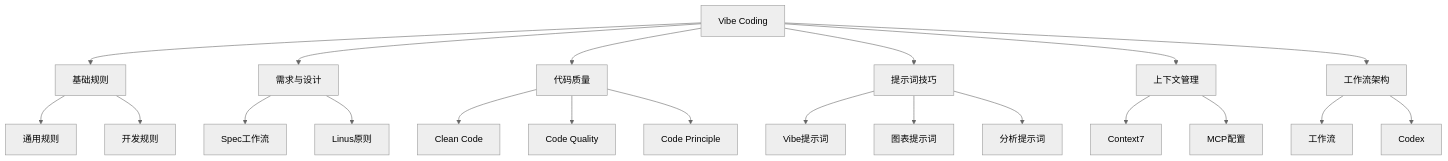
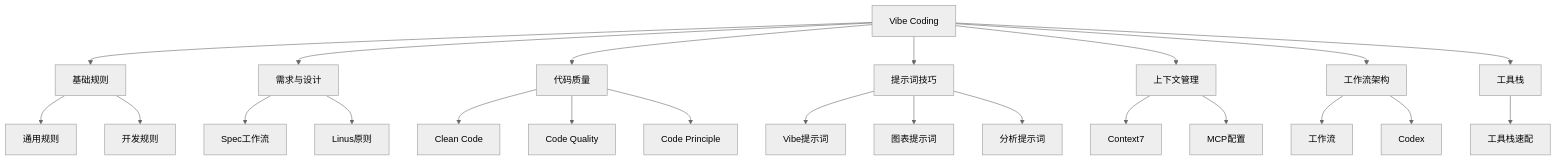
The diagram in docs/md/guide/ai/vibe/index.md (dantefung/nova-vault-studio), drawn with Mermaid (neutral theme) before and after one commit. The commit also changed other lines of this file and 2 other files, not shown here.

````diff
--- a/docs/md/guide/ai/vibe/index.md
+++ b/docs/md/guide/ai/vibe/index.md
@@ -8,23 +8,25 @@
 ```mermaid
 graph TD
     A[Vibe Coding] --> B[基础规则]
     A --> C[需求与设计]
     A --> D[代码质量]
     A --> E[提示词技巧]
     A --> F[上下文管理]
     A --> G[工作流架构]
+    A --> H[工具栈]
     B --> B1[通用规则]
     B --> B2[开发规则]
     C --> C1[Spec工作流]
     C --> C2[Linus原则]
     D --> D1[Clean Code]
     D --> D2[Code Quality]
     D --> D3[Code Principle]
     E --> E1[Vibe提示词]
     E --> E2[图表提示词]
     E --> E3[分析提示词]
     F --> F1[Context7]
     F --> F2[MCP配置]
     G --> G1[工作流]
     G --> G2[Codex]
+    H --> H1[工具栈速配]
 ```
````
